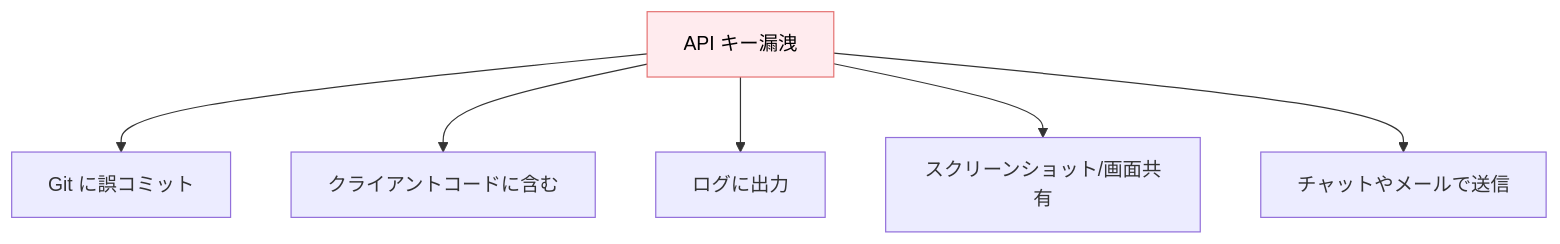
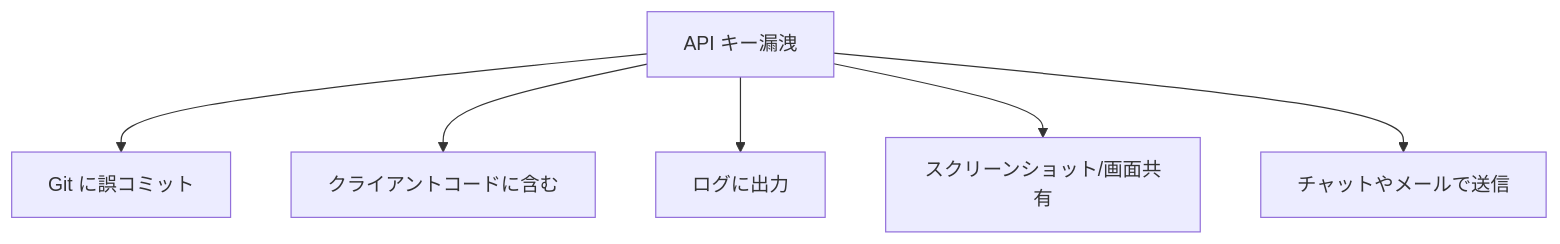
Before and after one commit to dinekt/dinekt-wiki: the first of 3 diagrams in docs/tech-notes/llm-api-キーの管理と漏洩防止.md, drawn with Mermaid. The commit also changed other lines of this file and 70 other files, not shown here.

First line of the commit message:
fix(mermaid): strip all inline styling, rely on theme

````diff
--- a/docs/tech-notes/llm-api-キーの管理と漏洩防止.md
+++ b/docs/tech-notes/llm-api-キーの管理と漏洩防止.md
@@ -23,10 +23,9 @@
 ```mermaid
 flowchart TD
     L[API キー漏洩] --> G[Git に誤コミット]
     L --> C[クライアントコードに含む]
     L --> LOG[ログに出力]
     L --> S[スクリーンショット/画面共有]
     L --> T[チャットやメールで送信]
 
-    style L fill:#ffebee,stroke:#e57373,color:#000
 ```
````
